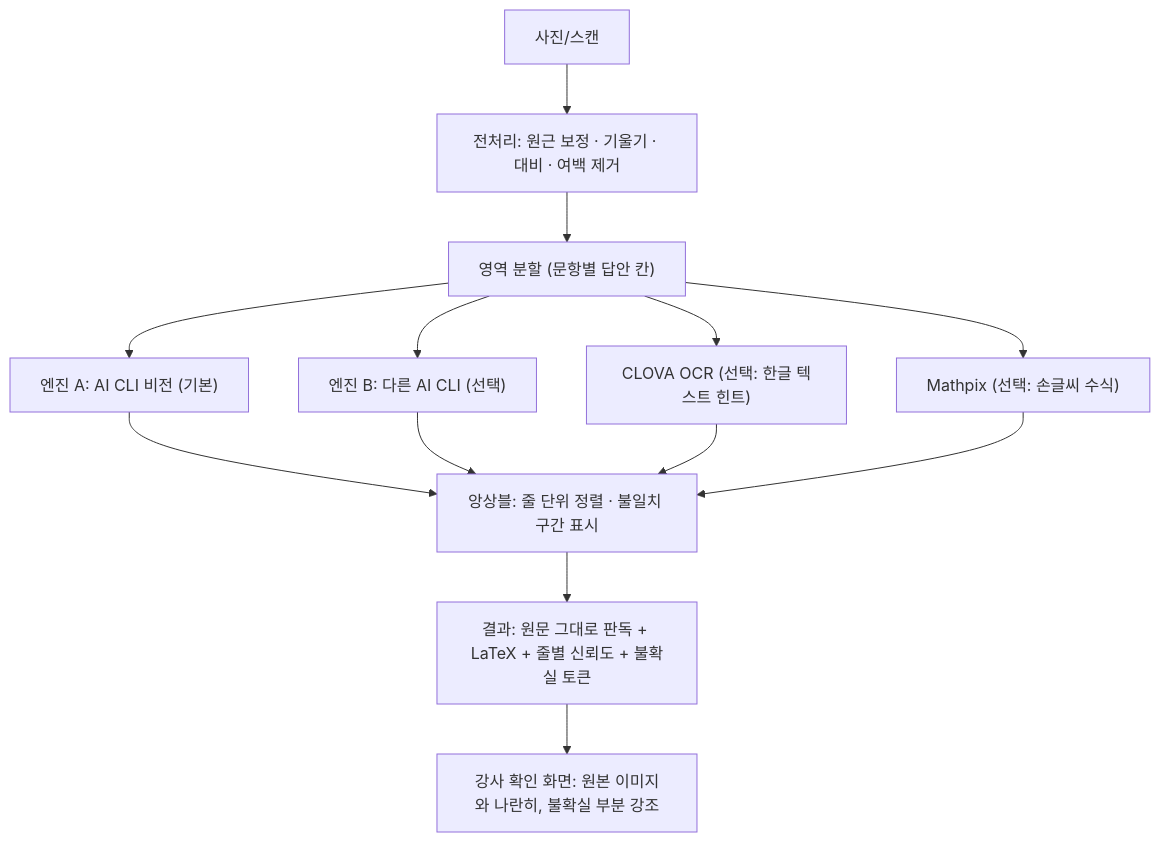
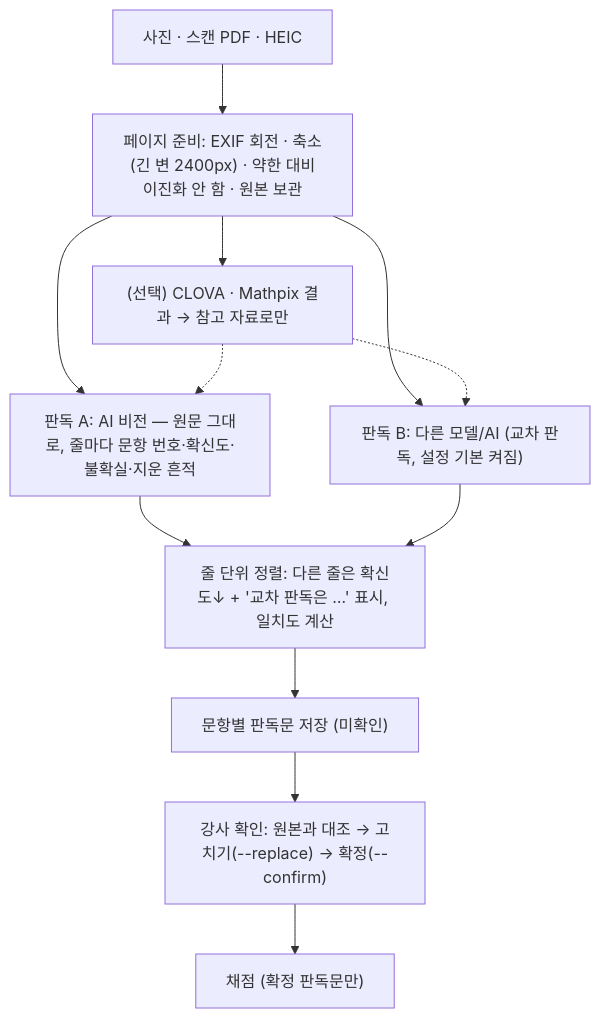
One commit to cherryopener/Dawoni changed the third of 4 diagrams in PLAN.md. Above: the diagram before and after it, drawn with Mermaid. The commit also changed other lines of this file and 15 other files, not shown here.

````diff
--- a/PLAN.md
+++ b/PLAN.md
@@ -258,12 +258,12 @@
 ```mermaid
 flowchart TD
-    P["사진/스캔"] --> Q["전처리: 원근 보정 · 기울기 · 대비 · 여백 제거"]
-    Q --> R["영역 분할 (문항별 답안 칸)"]
-    R --> S1["엔진 A: AI CLI 비전 (기본)"]
-    R --> S2["엔진 B: 다른 AI CLI (선택)"]
-    R --> S3["CLOVA OCR (선택: 한글 텍스트 힌트)"]
-    R --> S4["Mathpix (선택: 손글씨 수식)"]
-    S1 & S2 & S3 & S4 --> T["앙상블: 줄 단위 정렬 · 불일치 구간 표시"]
-    T --> U["결과: 원문 그대로 판독 + LaTeX + 줄별 신뢰도 + 불확실 토큰"]
-    U --> V["강사 확인 화면: 원본 이미지와 나란히, 불확실 부분 강조"]
+    P["사진 · 스캔 PDF · HEIC"] --> Q["페이지 준비: EXIF 회전 · 축소(긴 변 2400px) · 약한 대비<br/>이진화 안 함 · 원본 보관"]
+    Q --> H["(선택) CLOVA · Mathpix 결과 → 참고 자료로만"]
+    Q --> S1["판독 A: AI 비전 — 원문 그대로, 줄마다 문항 번호·확신도·불확실·지운 흔적"]
+    Q --> S2["판독 B: 다른 모델/AI (교차 판독, 설정 기본 켜짐)"]
+    H -.-> S1 & S2
+    S1 & S2 --> T["줄 단위 정렬: 다른 줄은 확신도↓ + '교차 판독은 …' 표시, 일치도 계산"]
+    T --> U["문항별 판독문 저장 (미확인)"]
+    U --> V["강사 확인: 원본과 대조 → 고치기(--replace) → 확정(--confirm)"]
+    V --> G["채점 (확정 판독문만)"]
 ```
````
